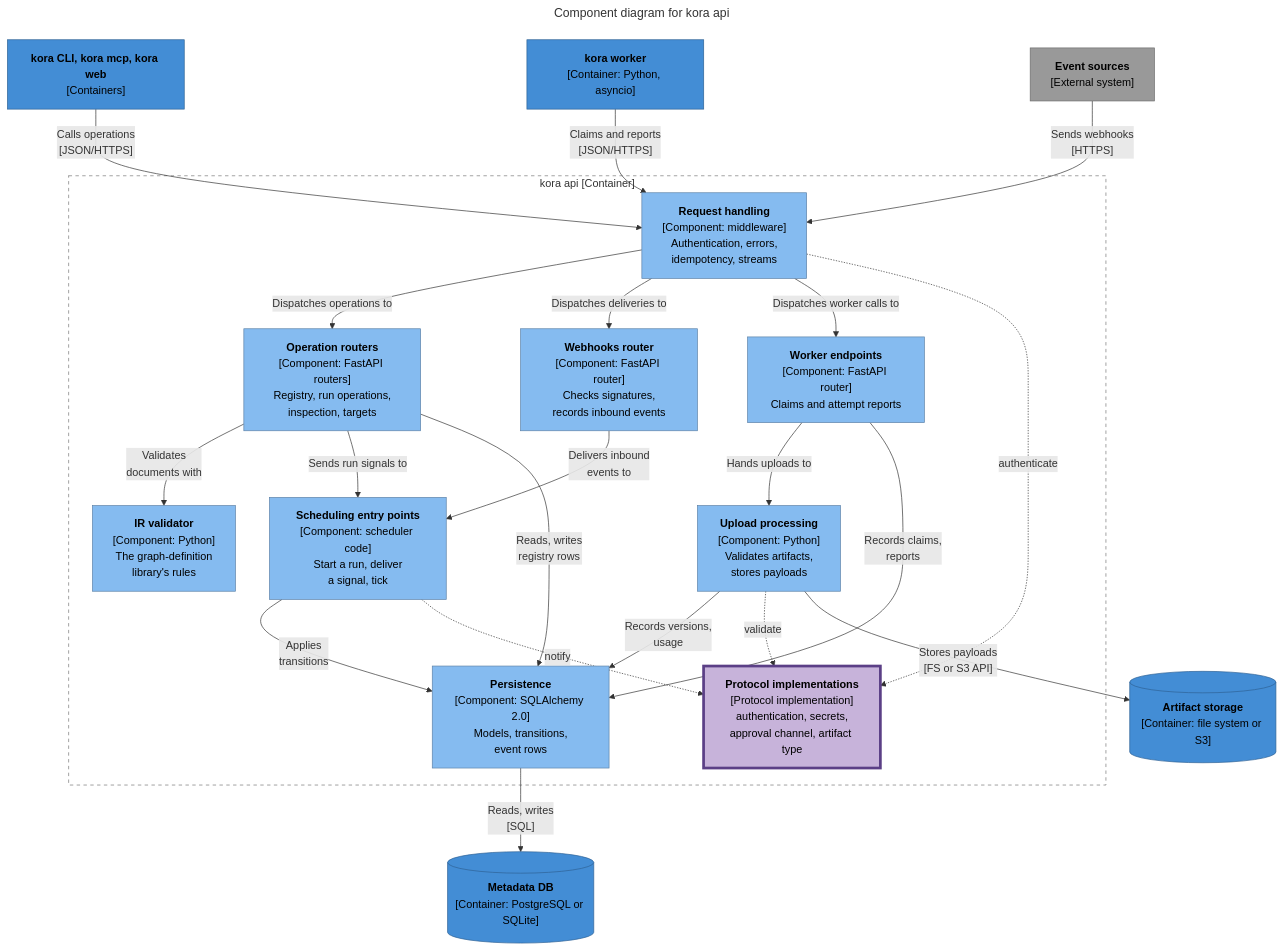
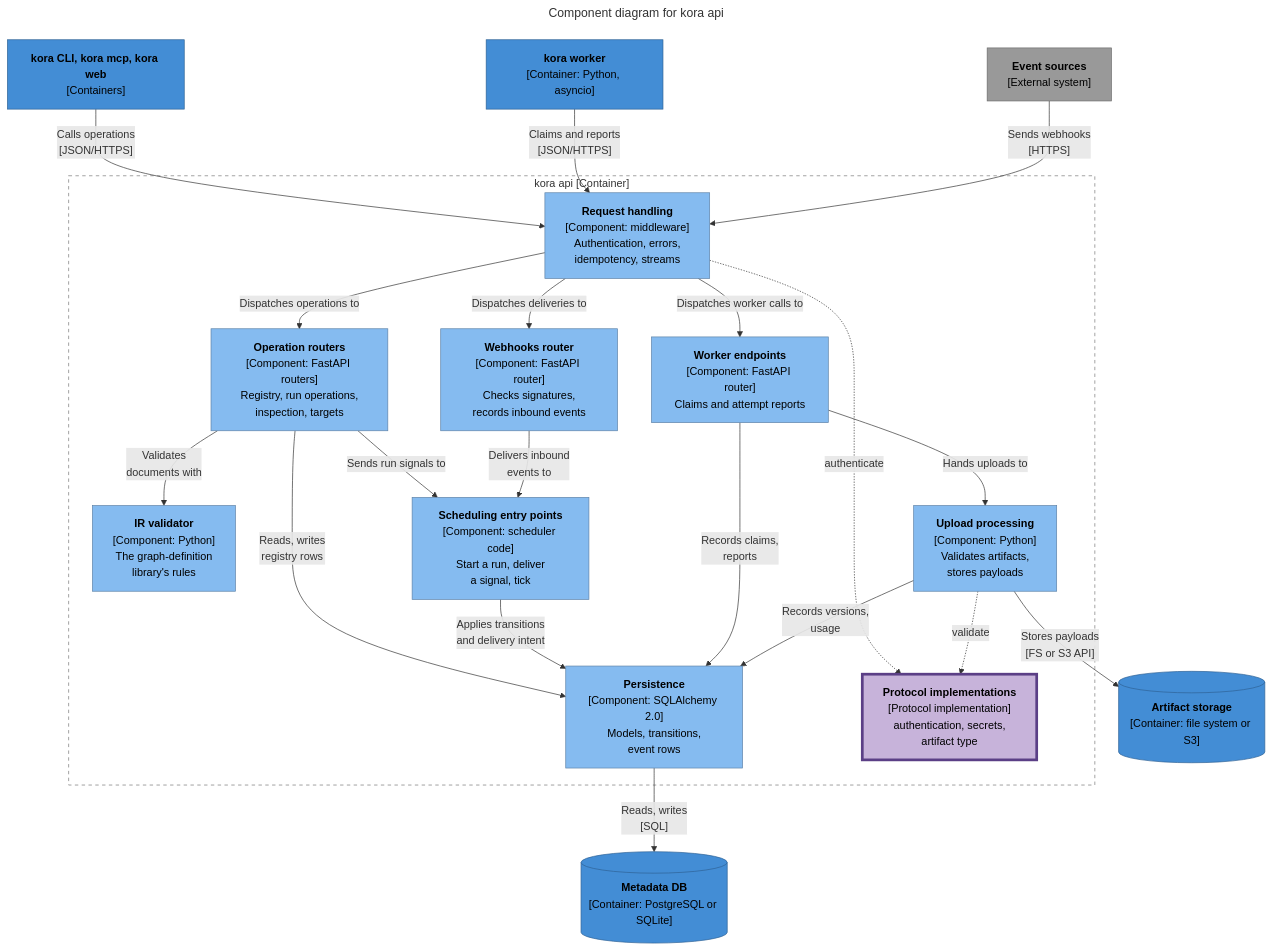
One commit to klukashka/kora changed diagram 22 of 24 in knowledge/architecture/internals.md. Above: the diagram before and after it, drawn with Mermaid. The commit also changed other lines of this file and 16 other files, not shown here.

````diff
--- a/knowledge/architecture/internals.md
+++ b/knowledge/architecture/internals.md
@@ -1276,52 +1284,51 @@
 ```mermaid
 ---
 title: Component diagram for kora api
 ---
 flowchart TB
   accTitle: Component diagram for kora api
-  accDescr: Clients call operations, the worker claims and reports, and event sources send webhooks; request handling authenticates every request and dispatches it to the operation routers, the webhooks router or the worker endpoints. The operation routers validate documents with the IR validator and send run signals to the scheduling entry points; the webhooks router invokes canonical start acceptance for run-directed deliveries or delivers wait signals. Accepted start receipts cannot be converted into a second run. The worker endpoints hand uploads to upload processing, which validates artifacts against their types and stores payloads in artifact storage. Every writer goes through persistence to the Metadata DB.
+  accDescr: Clients call operations, the worker claims and reports, and event sources send webhooks; request handling authenticates every request and dispatches it to the operation routers, the webhooks router or the worker endpoints. The operation routers validate documents with the IR validator and send run signals to the scheduling entry points; the webhooks router invokes canonical start acceptance for run-directed deliveries or delivers wait signals. Accepted start receipts cannot be converted into a second run. The worker endpoints hand uploads to upload processing, which validates artifacts against their types and stores payloads in artifact storage. Every writer goes through persistence to the Metadata DB. Scheduling entry points commit channel intent; the scheduler dispatcher delivers it after commit, never the API transaction.
   classDef component fill:#85BBF0,stroke:#5D82A8,color:#000000
   classDef plugin fill:#C7B3DA,stroke:#5B3F86,stroke-width:4px,color:#000000
   classDef container fill:#438DD5,stroke:#2E6295,color:#000000
   classDef ext fill:#999999,stroke:#6B6B6B,color:#000000
 
   clients["<b>kora CLI, kora mcp, kora web</b><br/>[Containers]"]:::container
   worker["<b>kora worker</b><br/>[Container: Python, asyncio]"]:::container
   sources["<b>Event sources</b><br/>[External system]"]:::ext
 
   subgraph a ["kora api [Container]"]
     reqh["<b>Request handling</b><br/>[Component: middleware]<br/>Authentication, errors,<br/>idempotency, streams"]:::component
     ops["<b>Operation routers</b><br/>[Component: FastAPI routers]<br/>Registry, run operations,<br/>inspection, targets"]:::component
     hooks["<b>Webhooks router</b><br/>[Component: FastAPI router]<br/>Checks signatures,<br/>records inbound events"]:::component
     wk["<b>Worker endpoints</b><br/>[Component: FastAPI router]<br/>Claims and attempt reports"]:::component
     irval["<b>IR validator</b><br/>[Component: Python]<br/>The graph-definition<br/>library's rules"]:::component
     entry["<b>Scheduling entry points</b><br/>[Component: scheduler code]<br/>Start a run, deliver<br/>a signal, tick"]:::component
     uploads["<b>Upload processing</b><br/>[Component: Python]<br/>Validates artifacts,<br/>stores payloads"]:::component
     persistence["<b>Persistence</b><br/>[Component: SQLAlchemy 2.0]<br/>Models, transitions,<br/>event rows"]:::component
-    prov["<b>Protocol implementations</b><br/>[Protocol implementation]<br/>authentication, secrets,<br/>approval channel, artifact type"]:::plugin
+    prov["<b>Protocol implementations</b><br/>[Protocol implementation]<br/>authentication, secrets,<br/>artifact type"]:::plugin
   end
   db[("<b>Metadata DB</b><br/>[Container: PostgreSQL or SQLite]")]:::container
   blobs[("<b>Artifact storage</b><br/>[Container: file system or S3]")]:::container
 
   clients -->|"Calls operations<br/>[JSON/HTTPS]"| reqh
   worker -->|"Claims and reports<br/>[JSON/HTTPS]"| reqh
   sources -->|"Sends webhooks<br/>[HTTPS]"| reqh
   reqh -->|"Dispatches operations to"| ops
   reqh -->|"Dispatches deliveries to"| hooks
   reqh -->|"Dispatches worker calls to"| wk
   reqh -.->|"authenticate"| prov
   ops -->|"Validates<br/>documents with"| irval
   ops -->|"Sends run signals to"| entry
   hooks -->|"Delivers inbound<br/>events to"| entry
   wk -->|"Hands uploads to"| uploads
   ops -->|"Reads, writes<br/>registry rows"| persistence
-  entry -->|"Applies<br/>transitions"| persistence
+  entry -->|"Applies transitions<br/>and delivery intent"| persistence
   wk -->|"Records claims,<br/>reports"| persistence
   uploads -->|"Records versions,<br/>usage"| persistence
   uploads -.->|"validate"| prov
-  entry -.->|"notify"| prov
   persistence -->|"Reads, writes<br/>[SQL]"| db
   uploads -->|"Stores payloads<br/>[FS or S3 API]"| blobs
 
   style a fill:none,stroke:#767676,stroke-dasharray:5 5
 ```
````
